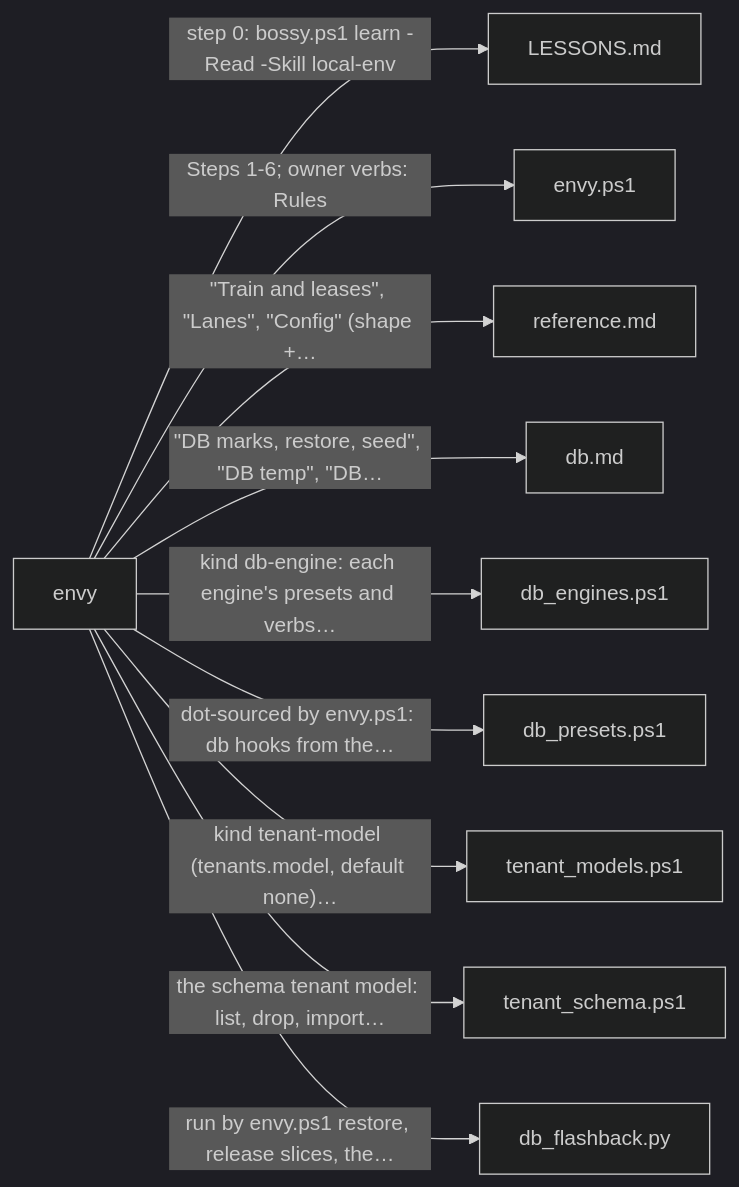
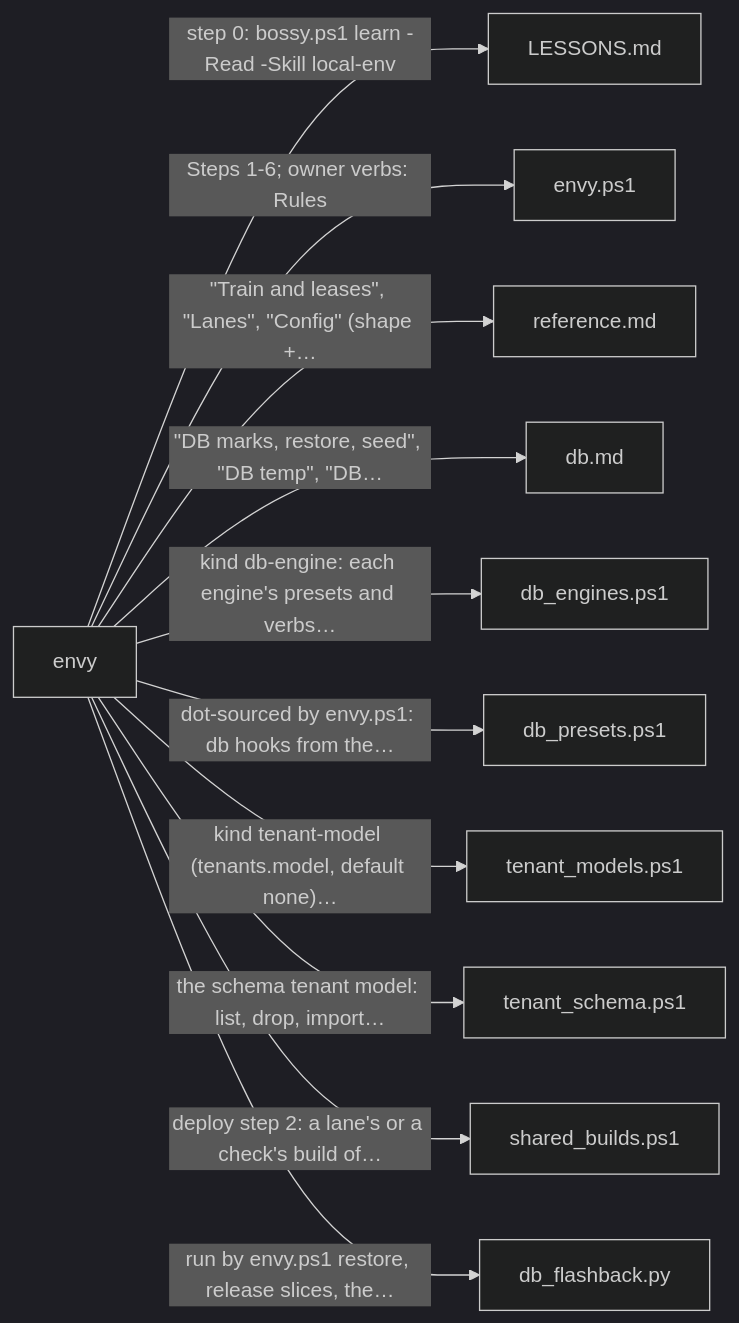
Before and after one commit to prskid1000/claude-crew: the sixth of 7 diagrams in README.md, drawn with Mermaid (dark theme). The commit also changed 12 other files, not shown here.

````diff
--- a/README.md
+++ b/README.md
@@ -527,13 +527,14 @@
 ```mermaid
 flowchart LR
   skills_envy_SKILL_md["envy"]
   skills_envy_SKILL_md -->|"step 0: bossy.ps1 learn -Read -Skill local-env"| LESSONS_md["LESSONS.md"]
   skills_envy_SKILL_md -->|"Steps 1-6; owner verbs: Rules"| skills_envy_envy_ps1["envy.ps1"]
   skills_envy_SKILL_md -->|"#quot;Train and leases#quot;, #quot;Lanes#quot;, #quot;Config#quot; (shape +…"| skills_envy_reference_md["reference.md"]
   skills_envy_SKILL_md -->|"#quot;DB marks, restore, seed#quot;, #quot;DB temp#quot;, #quot;DB…"| skills_envy_db_md["db.md"]
   skills_envy_SKILL_md -->|"kind db-engine: each engine's presets and verbs…"| skills_envy_adapters_db_engines_ps1["db_engines.ps1"]
   skills_envy_SKILL_md -->|"dot-sourced by envy.ps1: db hooks from the…"| skills_envy_adapters_db_presets_ps1["db_presets.ps1"]
   skills_envy_SKILL_md -->|"kind tenant-model (tenants.model, default none)…"| skills_envy_adapters_tenant_models_ps1["tenant_models.ps1"]
   skills_envy_SKILL_md -->|"the schema tenant model: list, drop, import…"| skills_envy_adapters_tenant_schema_ps1["tenant_schema.ps1"]
+  skills_envy_SKILL_md -->|"deploy step 2: a lane's or a check's build of…"| skills_envy_adapters_shared_builds_ps1["shared_builds.ps1"]
   skills_envy_SKILL_md -->|"run by envy.ps1 restore, release slices, the…"| skills_envy_adapters_db_flashback_py["db_flashback.py"]
 ```
````
